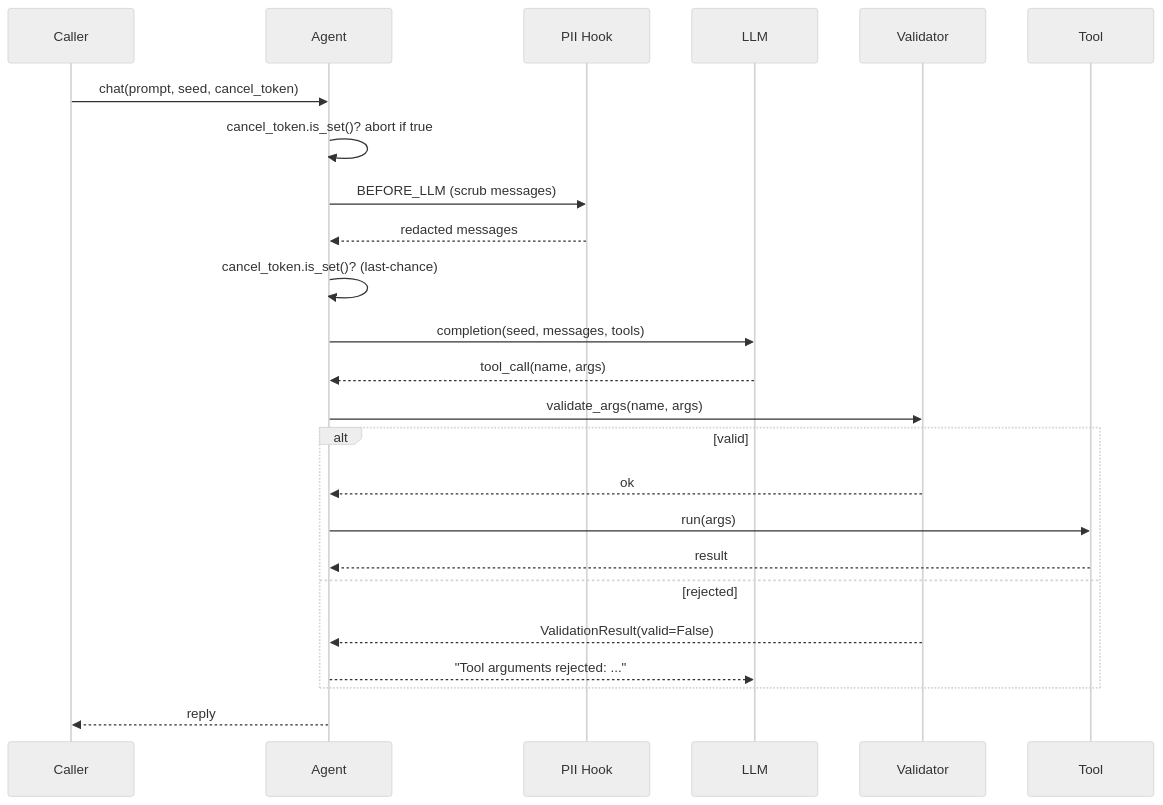
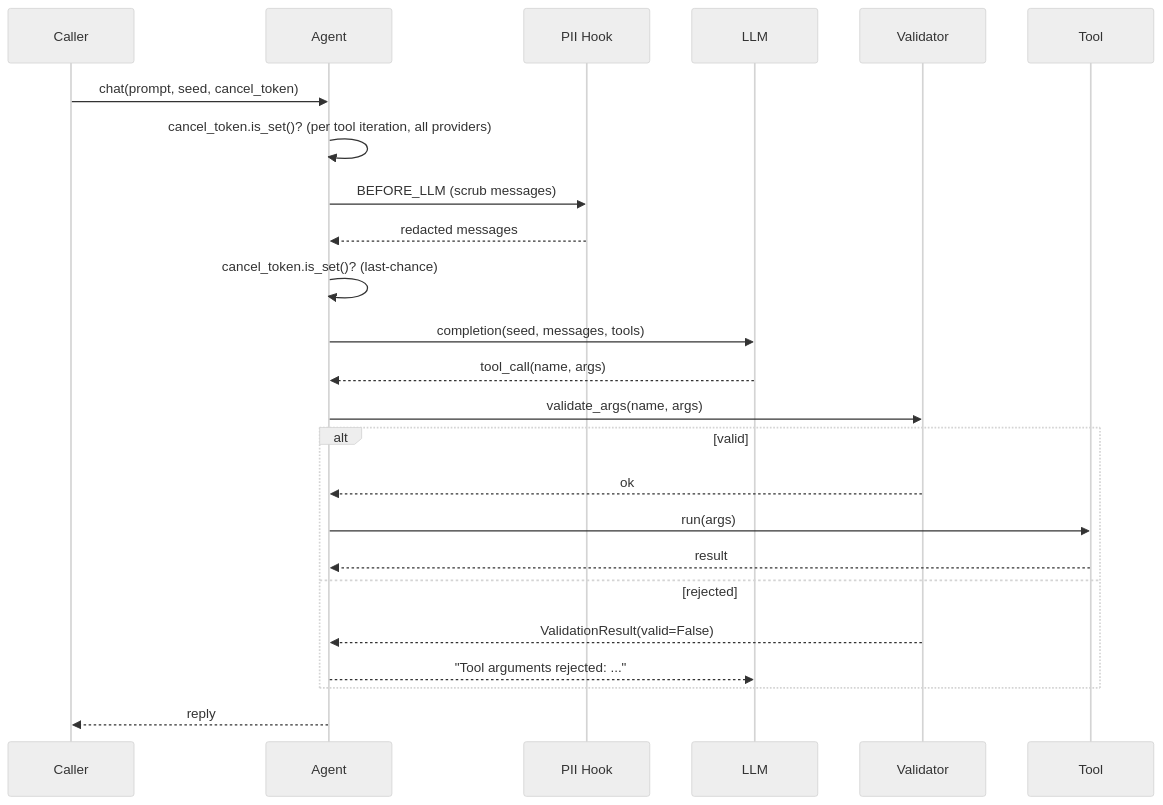
The second of 7 diagrams in docs/features/core-controls.mdx (MervinPraison/PraisonAIDocs), drawn with Mermaid (neutral theme) before and after one commit. The commit also changed other lines of this file, not shown here.

````diff
--- a/docs/features/core-controls.mdx
+++ b/docs/features/core-controls.mdx
@@ -98,27 +98,27 @@
 ```mermaid
 sequenceDiagram
     participant Caller
     participant Agent
     participant Scrubber as PII Hook
     participant LLM
     participant Validator
     participant Tool
 
     Caller->>Agent: chat(prompt, seed, cancel_token)
-    Agent->>Agent: cancel_token.is_set()? abort if true
+    Agent->>Agent: cancel_token.is_set()? (per tool iteration, all providers)
     Agent->>Scrubber: BEFORE_LLM (scrub messages)
     Scrubber-->>Agent: redacted messages
     Agent->>Agent: cancel_token.is_set()? (last-chance)
     Agent->>LLM: completion(seed, messages, tools)
     LLM-->>Agent: tool_call(name, args)
     Agent->>Validator: validate_args(name, args)
     alt valid
         Validator-->>Agent: ok
         Agent->>Tool: run(args)
         Tool-->>Agent: result
     else rejected
         Validator-->>Agent: ValidationResult(valid=False)
         Agent-->>LLM: "Tool arguments rejected: ..."
     end
     Agent-->>Caller: reply
 ```
````
